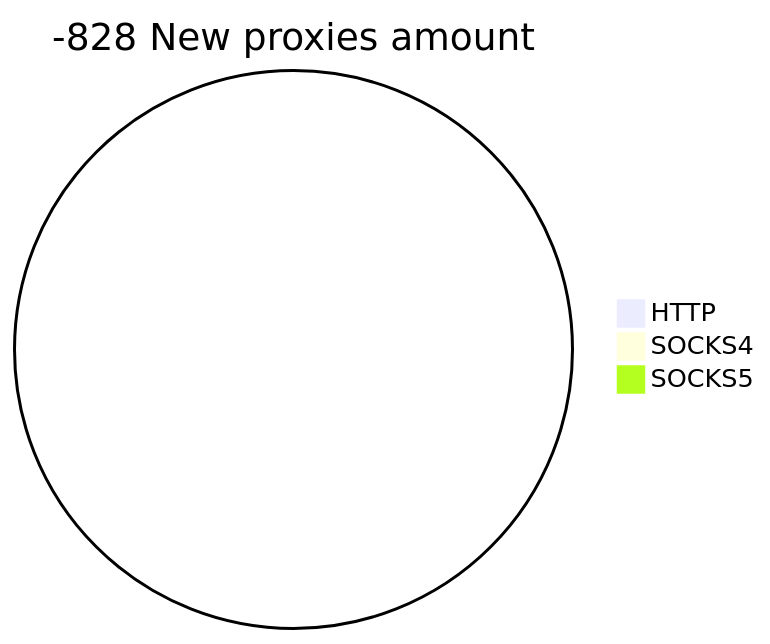
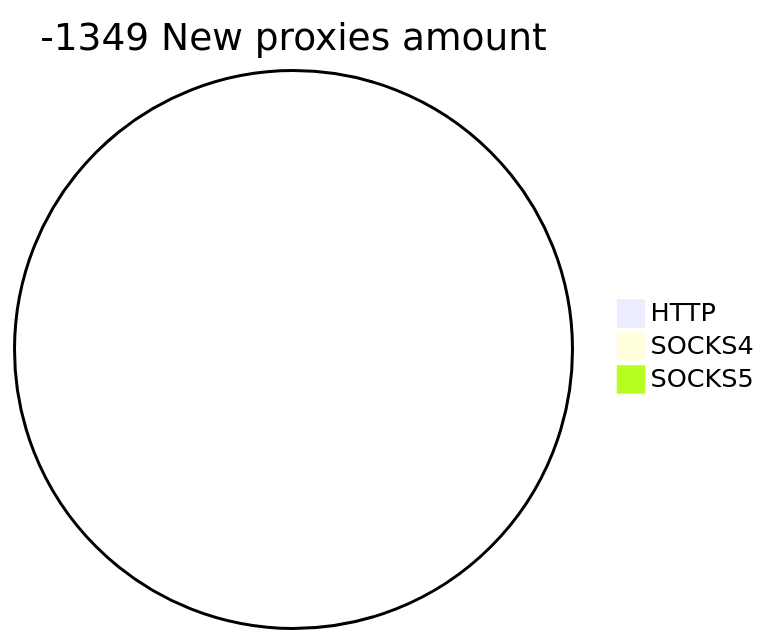
The second of 2 diagrams in README.md (cutipu/proxylist), drawn with Mermaid before and after one commit. The commit also changed other lines of this file, not shown here.

````diff
--- a/README.md
+++ b/README.md
@@ -10,6 +10,6 @@
 ```mermaid
-pie title -828 New proxies amount
+pie title -1349 New proxies amount
     "HTTP" : 0
     "SOCKS4" : 0
     "SOCKS5" : 0
 ```
````
